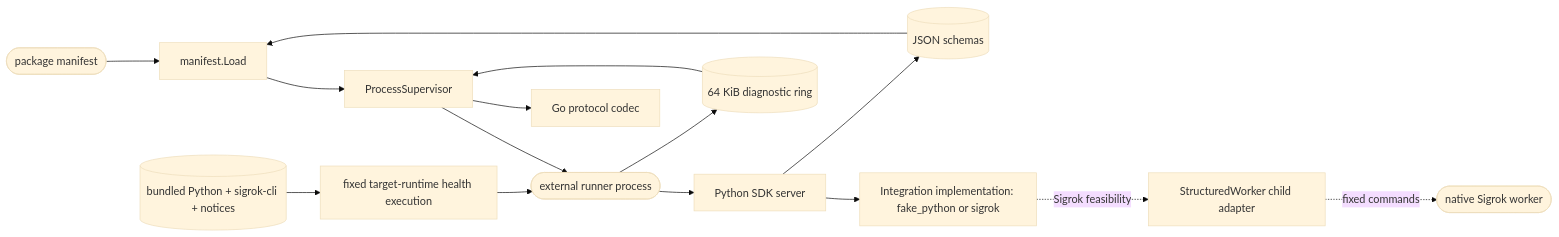
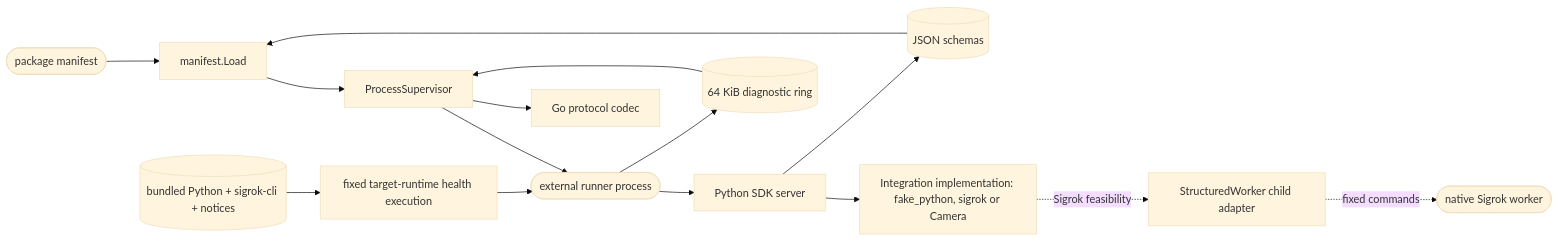
Before and after one commit to DDP-Engineering/2026_Networked_Intelligent_Lab_Orchestrator: the diagram in .agentic/knowledge/integration-platform.md, drawn with Mermaid (base theme). The commit also changed other lines of this file and 166 other files, not shown here.

First line of the commit message:
feat(camera): add physical capture and plugin navigation

````diff
--- a/.agentic/knowledge/integration-platform.md
+++ b/.agentic/knowledge/integration-platform.md
@@ -49,28 +50,28 @@
 ```mermaid
 flowchart LR
     manifest(["package manifest"])
     loader["manifest.Load"]
     supervisor["ProcessSupervisor"]
     codec["Go protocol codec"]
     process(["external runner process"])
     sdk["Python SDK server"]
-    plugin["Integration implementation: fake_python or sigrok"]
+    plugin["Integration implementation: fake_python, sigrok or Camera"]
     schemas[("JSON schemas")]
     stderr[("64 KiB diagnostic ring")]
     manifest --> loader
     schemas --> loader
     loader --> supervisor
     supervisor --> process
     supervisor --> codec
     process --> sdk
     sdk --> plugin
     bundle_runtime[("bundled Python + sigrok-cli + notices")]
     bundle_health["fixed target-runtime health execution"]
     bundle_runtime --> bundle_health
     bundle_health --> process
     plugin -. Sigrok feasibility .-> worker["StructuredWorker child adapter"]
     worker -. fixed commands .-> native(["native Sigrok worker"])
     sdk --> schemas
     process --> stderr
     stderr --> supervisor
 ```
````
